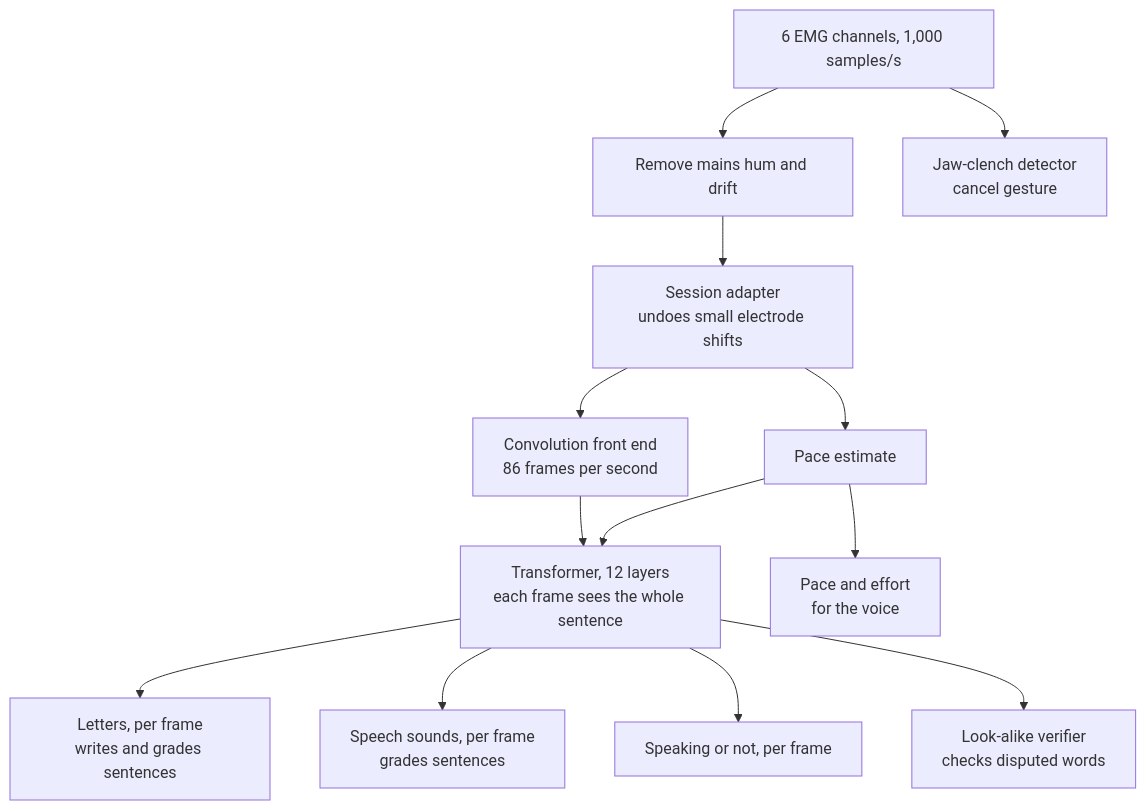
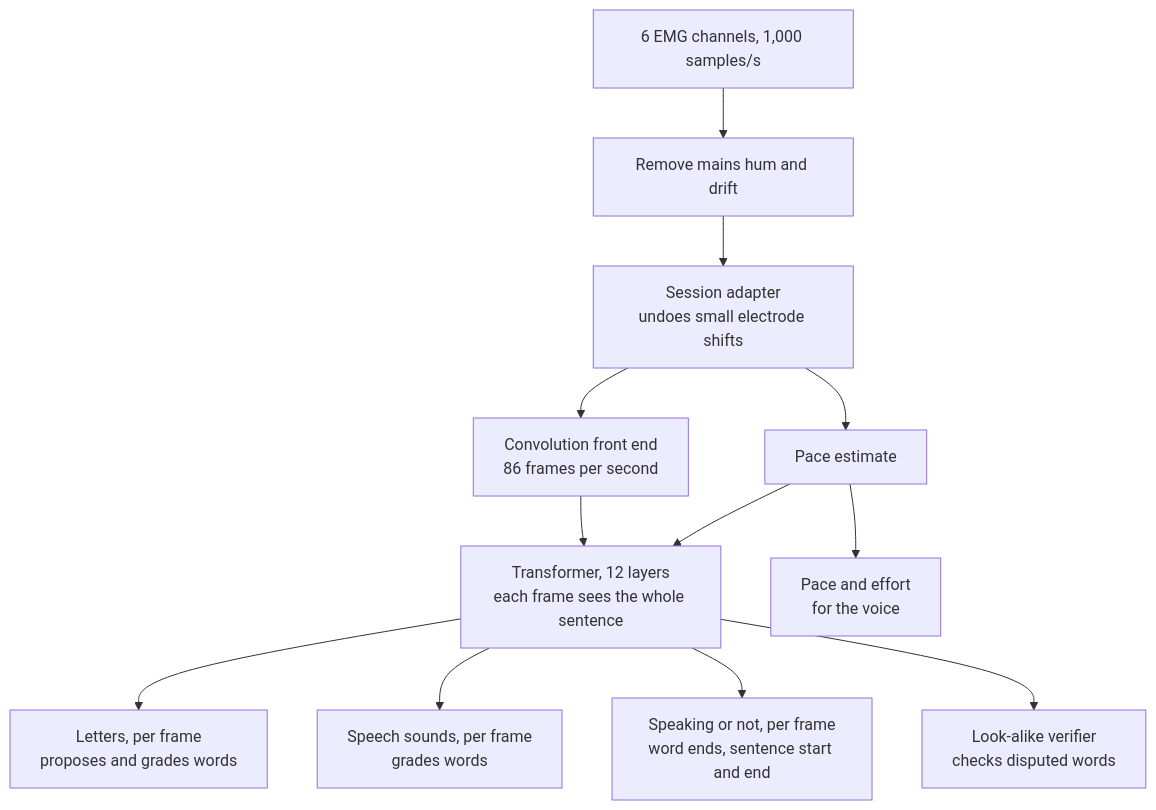
The second of 3 diagrams in docs/ARCHITECTURE.md (thaimtl/Reclaim), drawn with Mermaid before and after one commit. The commit also changed other lines of this file and 17 other files, not shown here.

````diff
--- a/docs/ARCHITECTURE.md
+++ b/docs/ARCHITECTURE.md
@@ -67,15 +88,14 @@
 ```mermaid
 flowchart TD
     raw["6 EMG channels, 1,000 samples/s"] --> filt["Remove mains hum and drift"]
     filt --> adapt["Session adapter<br/>undoes small electrode shifts"]
     adapt --> conv["Convolution front end<br/>86 frames per second"]
     adapt --> rate["Pace estimate"]
     rate --> tf
     conv --> tf["Transformer, 12 layers<br/>each frame sees the whole sentence"]
-    tf --> letters["Letters, per frame<br/>writes and grades sentences"]
-    tf --> phones["Speech sounds, per frame<br/>grades sentences"]
-    tf --> act["Speaking or not, per frame"]
+    tf --> letters["Letters, per frame<br/>proposes and grades words"]
+    tf --> phones["Speech sounds, per frame<br/>grades words"]
+    tf --> act["Speaking or not, per frame<br/>word ends, sentence start and end"]
     tf --> verif["Look-alike verifier<br/>checks disputed words"]
     rate --> pros["Pace and effort<br/>for the voice"]
-    raw --> clench["Jaw-clench detector<br/>cancel gesture"]
 ```
````
